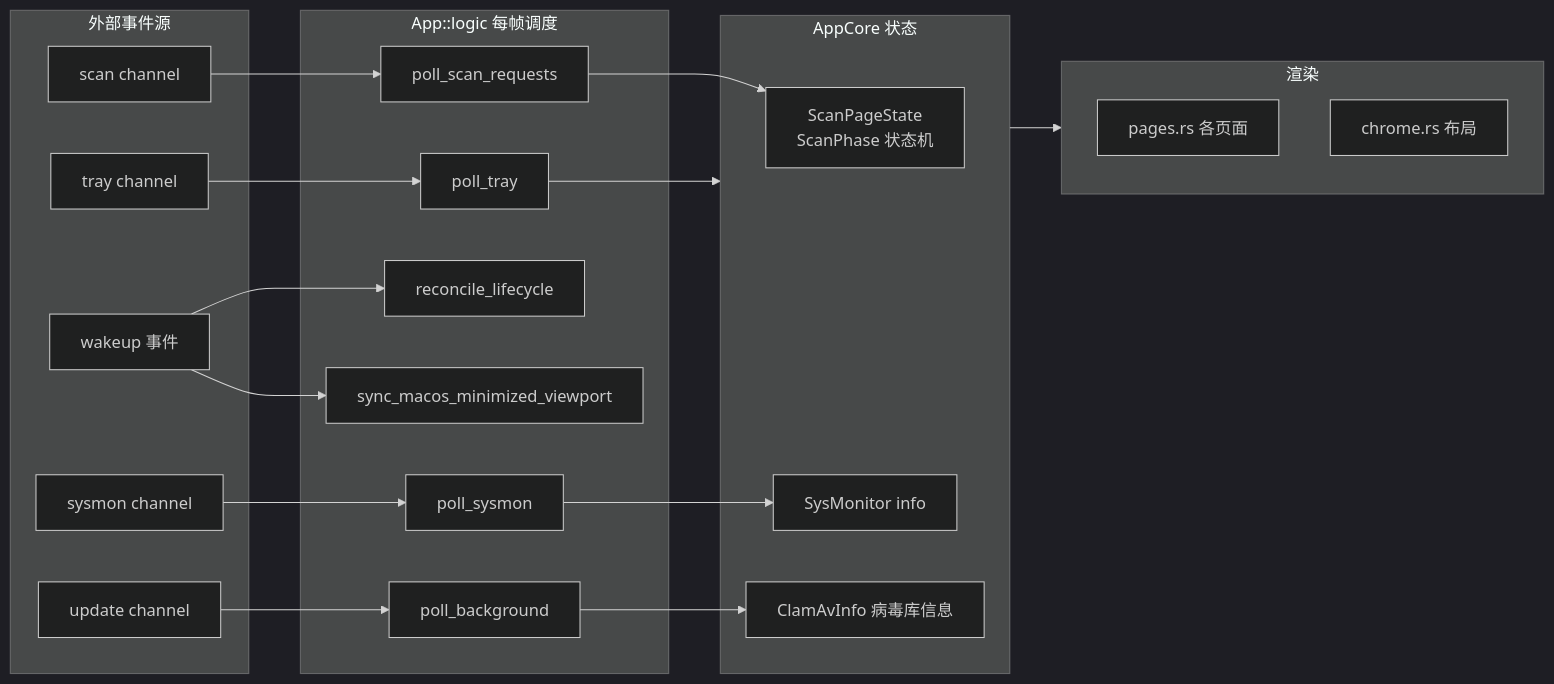
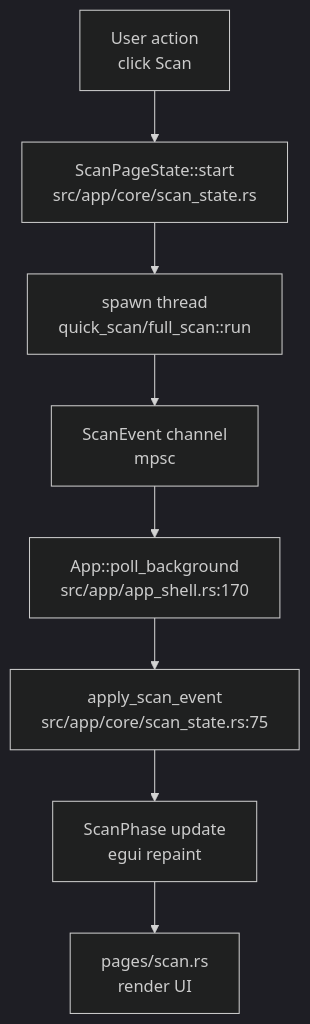
The diagram in .terrain/human/4.Deep-Exploration/app.md (sopaco/CLV3000), drawn with Mermaid (dark theme) before and after one commit. The commit also changed other lines of this file and 14 other files, not shown here.

````diff
--- a/.terrain/human/4.Deep-Exploration/app.md
+++ b/.terrain/human/4.Deep-Exploration/app.md
@@ -31,39 +50,10 @@
 ```mermaid
-flowchart LR
-    subgraph external["外部事件源"]
-        trayCh["tray channel"]
-        scanCh["scan channel"]
-        updateCh["update channel"]
-        sysmonCh["sysmon channel"]
-        wakeup["wakeup 事件"]
-    end
-    subgraph logic["App::logic 每帧调度"]
-        pollTray["poll_tray"]
-        pollScan["poll_scan_requests"]
-        reconcile["reconcile_lifecycle"]
-        syncMac["sync_macos_minimized_viewport"]
-        pollBg["poll_background"]
-        pollSys["poll_sysmon"]
-    end
-    subgraph core["AppCore 状态"]
-        scanState["ScanPageState<br/>ScanPhase 状态机"]
-        sysInfo["SysMonitor info"]
-        dbInfo["ClamAvInfo 病毒库信息"]
-    end
-    subgraph render["渲染"]
-        pages["pages.rs 各页面"]
-        chrome["chrome.rs 布局"]
-    end
-
-    trayCh --> pollTray
-    scanCh --> pollScan
-    updateCh --> pollBg
-    sysmonCh --> pollSys
-    wakeup --> reconcile
-    wakeup --> syncMac
-    pollTray --> core
-    pollScan --> scanState
-    pollBg --> dbInfo
-    pollSys --> sysInfo
-    core --> render
+flowchart TD
+    A["User action<br/>click Scan"] --> B["ScanPageState::start<br/>src/app/core/scan_state.rs"]
+    B --> C["spawn thread<br/>quick_scan/full_scan::run"]
+    C --> D["ScanEvent channel<br/>mpsc"]
+    D --> E["App::poll_background<br/>src/app/app_shell.rs:170"]
+    E --> F["apply_scan_event<br/>src/app/core/scan_state.rs:75"]
+    F --> G["ScanPhase update<br/>egui repaint"]
+    G --> H["pages/scan.rs<br/>render UI"]
 ```
````
